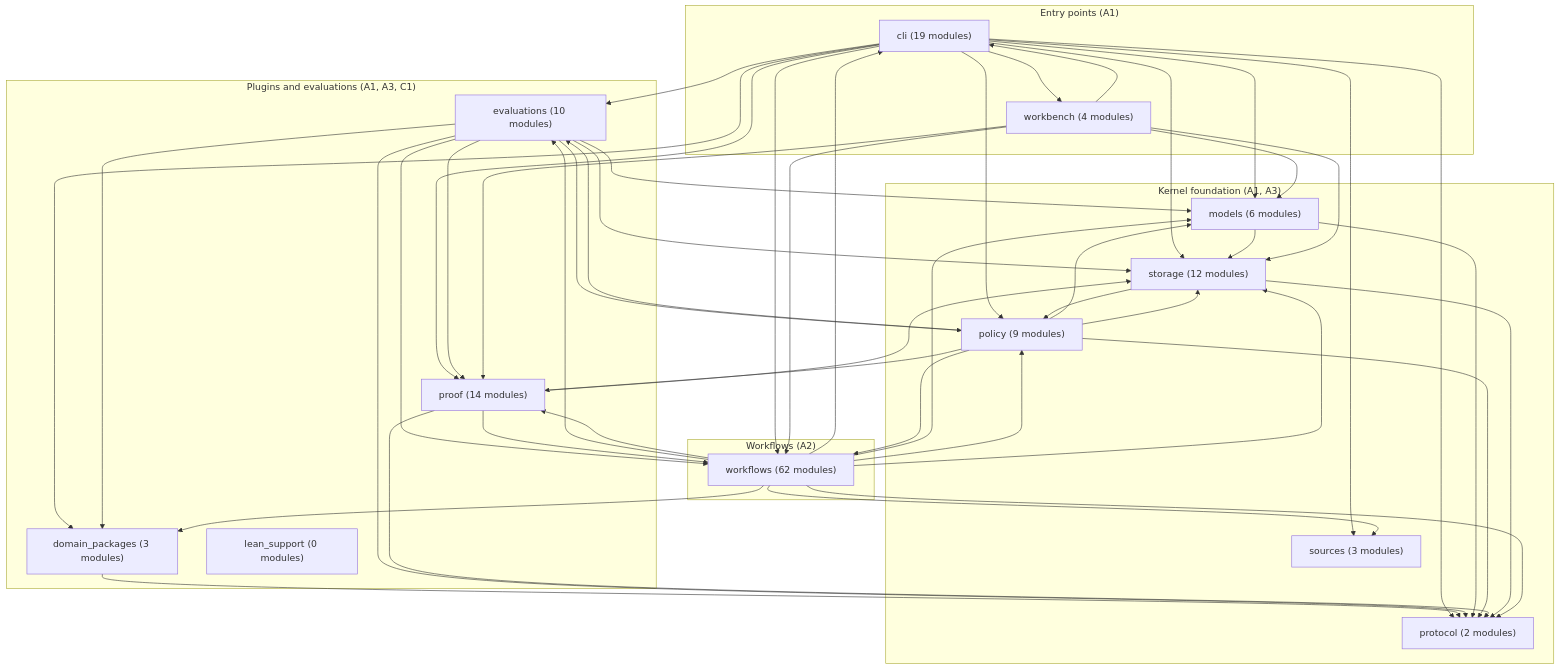
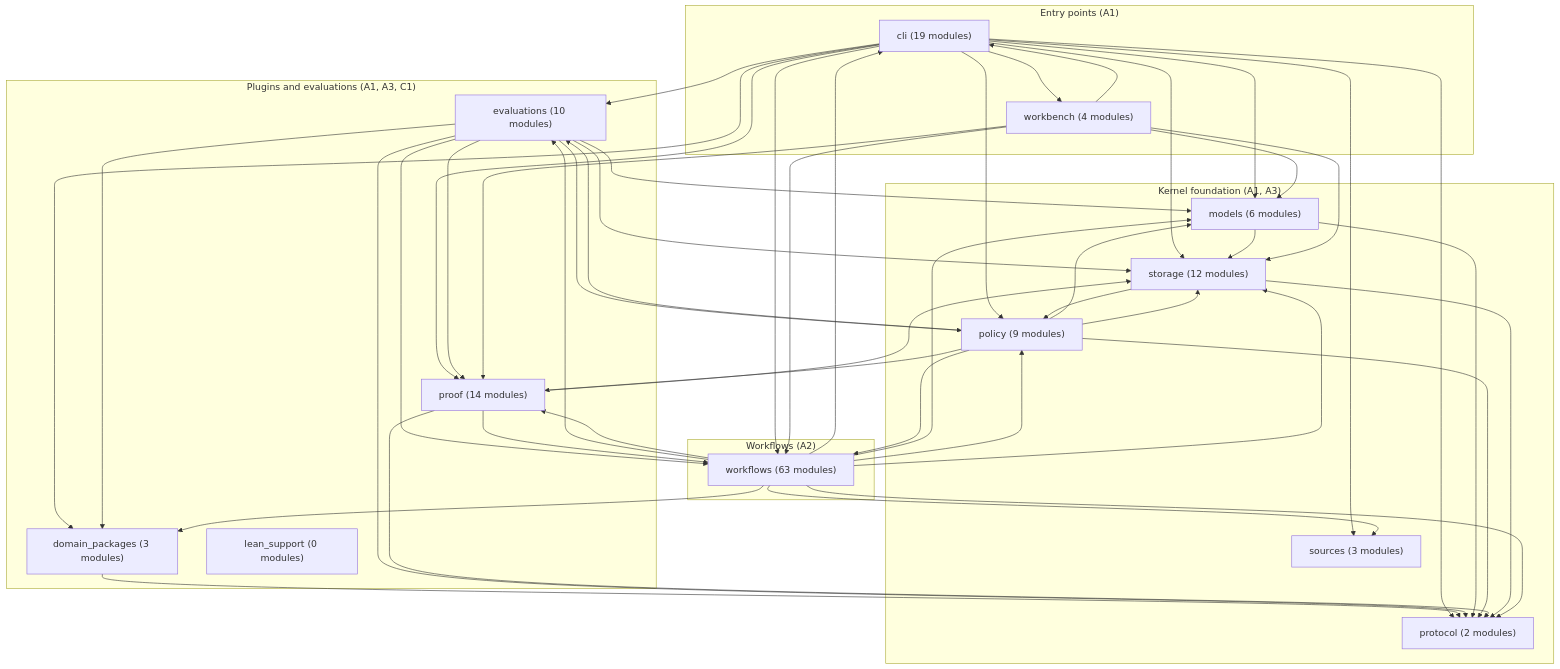
The diagram in docs/architecture-map.md (SAFuDarren/Trellin), drawn with Mermaid before and after one commit. The commit also changed other lines of this file and 14 other files, not shown here.

````diff
--- a/docs/architecture-map.md
+++ b/docs/architecture-map.md
@@ -14,68 +14,68 @@
 ```mermaid
 flowchart TD
     subgraph layer_entry["Entry points (A1)"]
         cli["cli (19 modules)"]
         workbench["workbench (4 modules)"]
     end
     subgraph layer_workflows["Workflows (A2)"]
-        workflows["workflows (62 modules)"]
+        workflows["workflows (63 modules)"]
     end
     subgraph layer_kernel["Kernel foundation (A1, A3)"]
         models["models (6 modules)"]
         policy["policy (9 modules)"]
         protocol["protocol (2 modules)"]
         sources["sources (3 modules)"]
         storage["storage (12 modules)"]
     end
     subgraph layer_plugin["Plugins and evaluations (A1, A3, C1)"]
         domain_packages["domain_packages (3 modules)"]
         evaluations["evaluations (10 modules)"]
         lean_support["lean_support (0 modules)"]
         proof["proof (14 modules)"]
     end
     cli --> domain_packages
     cli --> evaluations
     cli --> models
     cli --> policy
     cli --> proof
     cli --> protocol
     cli --> sources
     cli --> storage
     cli --> workbench
     cli --> workflows
     domain_packages --> protocol
     evaluations --> domain_packages
     evaluations --> models
     evaluations --> policy
     evaluations --> proof
     evaluations --> protocol
     evaluations --> storage
     evaluations --> workflows
     models --> protocol
     models --> storage
     policy --> evaluations
     policy --> models
     policy --> proof
     policy --> protocol
     policy --> storage
     policy --> workflows
     proof --> protocol
     proof --> storage
     proof --> workflows
     storage --> policy
     storage --> protocol
     workbench --> cli
     workbench --> models
     workbench --> proof
     workbench --> storage
     workbench --> workflows
     workflows --> cli
     workflows --> domain_packages
     workflows --> evaluations
     workflows --> models
     workflows --> policy
     workflows --> proof
     workflows --> protocol
     workflows --> sources
     workflows --> storage
 ```
````
